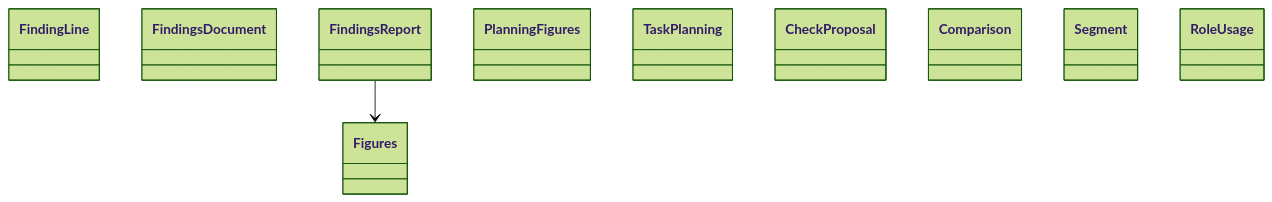
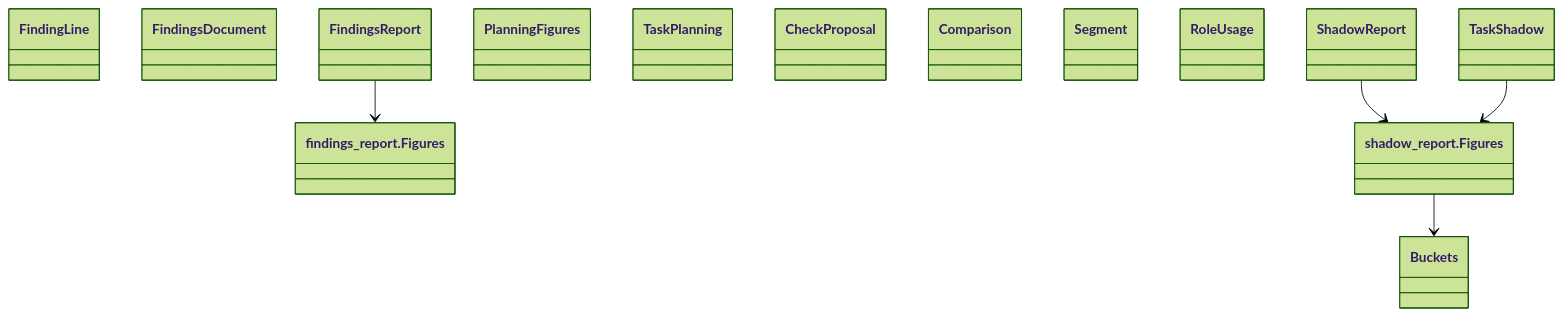
Before and after one commit to GonzaloZevallos/agentic-system: the diagram in docs/architecture/generated/classes-measurement-domain-reports.md, drawn with Mermaid (forest theme). The commit also changed 9 other files, not shown here.

````diff
--- a/docs/architecture/generated/classes-measurement-domain-reports.md
+++ b/docs/architecture/generated/classes-measurement-domain-reports.md
@@ -8,14 +8,21 @@
 ```mermaid
 classDiagram
-    class findings_report__Figures["Figures"]
+    class findings_report__Figures["findings_report.Figures"]
     class findings_report__FindingLine["FindingLine"]
     class findings_report__FindingsDocument["FindingsDocument"]
     class findings_report__FindingsReport["FindingsReport"]
     class planning__PlanningFigures["PlanningFigures"]
     class planning__TaskPlanning["TaskPlanning"]
     class playbook_window__CheckProposal["CheckProposal"]
     class playbook_window__Comparison["Comparison"]
     class playbook_window__Segment["Segment"]
     class role_usage__RoleUsage["RoleUsage"]
+    class shadow_report__Buckets["Buckets"]
+    class shadow_report__Figures["shadow_report.Figures"]
+    class shadow_report__ShadowReport["ShadowReport"]
+    class shadow_report__TaskShadow["TaskShadow"]
     findings_report__FindingsReport --> findings_report__Figures
+    shadow_report__Figures --> shadow_report__Buckets
+    shadow_report__ShadowReport --> shadow_report__Figures
+    shadow_report__TaskShadow --> shadow_report__Figures
 ```
````
